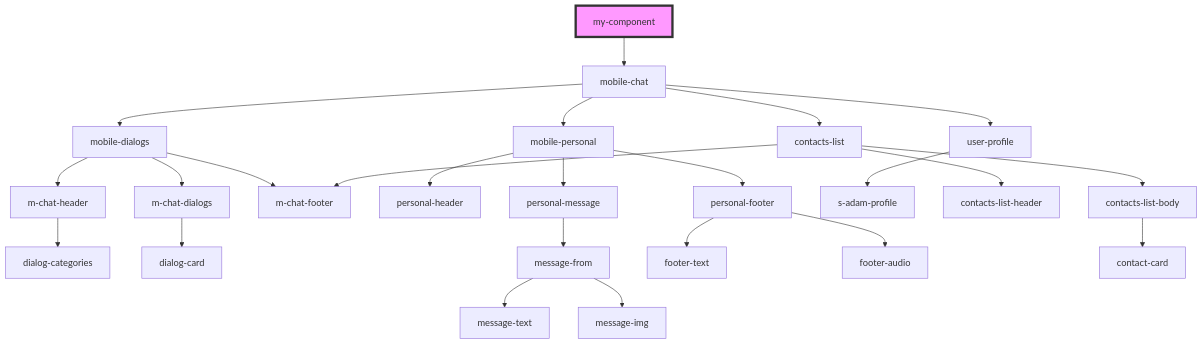
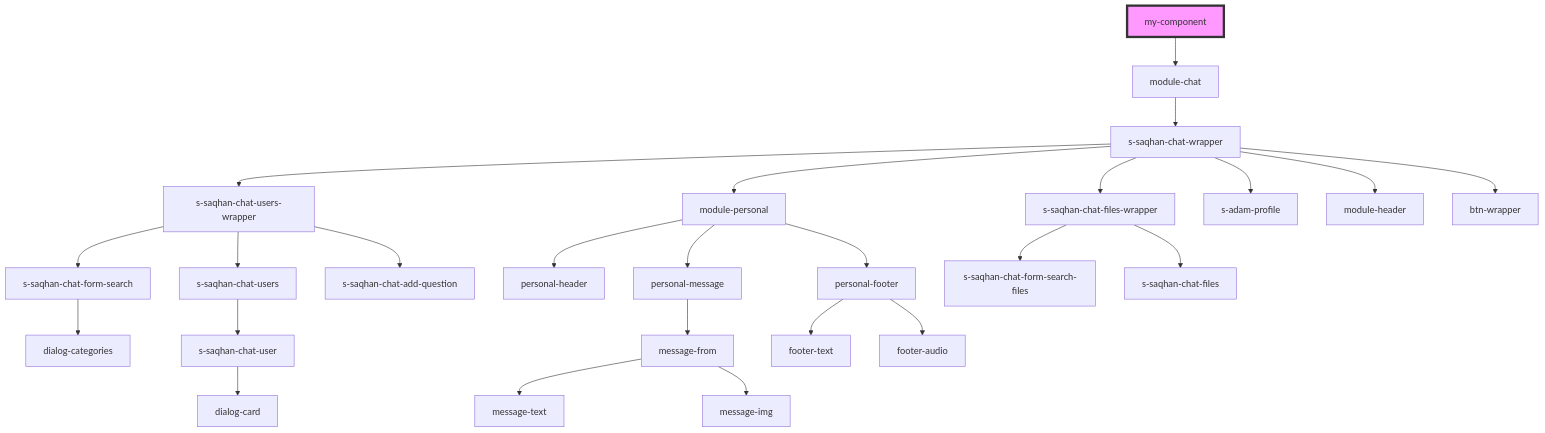
Before and after one commit to saqhan/stencil-chat: the diagram in src/components/my-component/readme.md, drawn with Mermaid. The commit also changed other lines of this file and 8 other files, not shown here.

````diff
--- a/src/components/my-component/readme.md
+++ b/src/components/my-component/readme.md
@@ -13,27 +13,28 @@
 ```mermaid
 graph TD;
-  my-component --> mobile-chat
-  mobile-chat --> mobile-dialogs
-  mobile-chat --> mobile-personal
-  mobile-chat --> user-profile
-  mobile-chat --> contacts-list
-  mobile-dialogs --> m-chat-header
-  mobile-dialogs --> m-chat-dialogs
-  mobile-dialogs --> m-chat-footer
-  m-chat-header --> dialog-categories
-  m-chat-dialogs --> dialog-card
-  mobile-personal --> personal-header
-  mobile-personal --> personal-message
-  mobile-personal --> personal-footer
+  my-component --> module-chat
+  module-chat --> s-saqhan-chat-wrapper
+  s-saqhan-chat-wrapper --> s-saqhan-chat-users-wrapper
+  s-saqhan-chat-wrapper --> module-personal
+  s-saqhan-chat-wrapper --> s-saqhan-chat-files-wrapper
+  s-saqhan-chat-wrapper --> s-adam-profile
+  s-saqhan-chat-wrapper --> module-header
+  s-saqhan-chat-wrapper --> btn-wrapper
+  s-saqhan-chat-users-wrapper --> s-saqhan-chat-form-search
+  s-saqhan-chat-users-wrapper --> s-saqhan-chat-users
+  s-saqhan-chat-users-wrapper --> s-saqhan-chat-add-question
+  s-saqhan-chat-form-search --> dialog-categories
+  s-saqhan-chat-users --> s-saqhan-chat-user
+  s-saqhan-chat-user --> dialog-card
+  module-personal --> personal-header
+  module-personal --> personal-message
+  module-personal --> personal-footer
   personal-message --> message-from
   message-from --> message-text
   message-from --> message-img
   personal-footer --> footer-text
   personal-footer --> footer-audio
-  user-profile --> s-adam-profile
-  contacts-list --> contacts-list-header
-  contacts-list --> contacts-list-body
-  contacts-list --> m-chat-footer
-  contacts-list-body --> contact-card
+  s-saqhan-chat-files-wrapper --> s-saqhan-chat-form-search-files
+  s-saqhan-chat-files-wrapper --> s-saqhan-chat-files
   style my-component fill:#f9f,stroke:#333,stroke-width:4px
 ```
````
